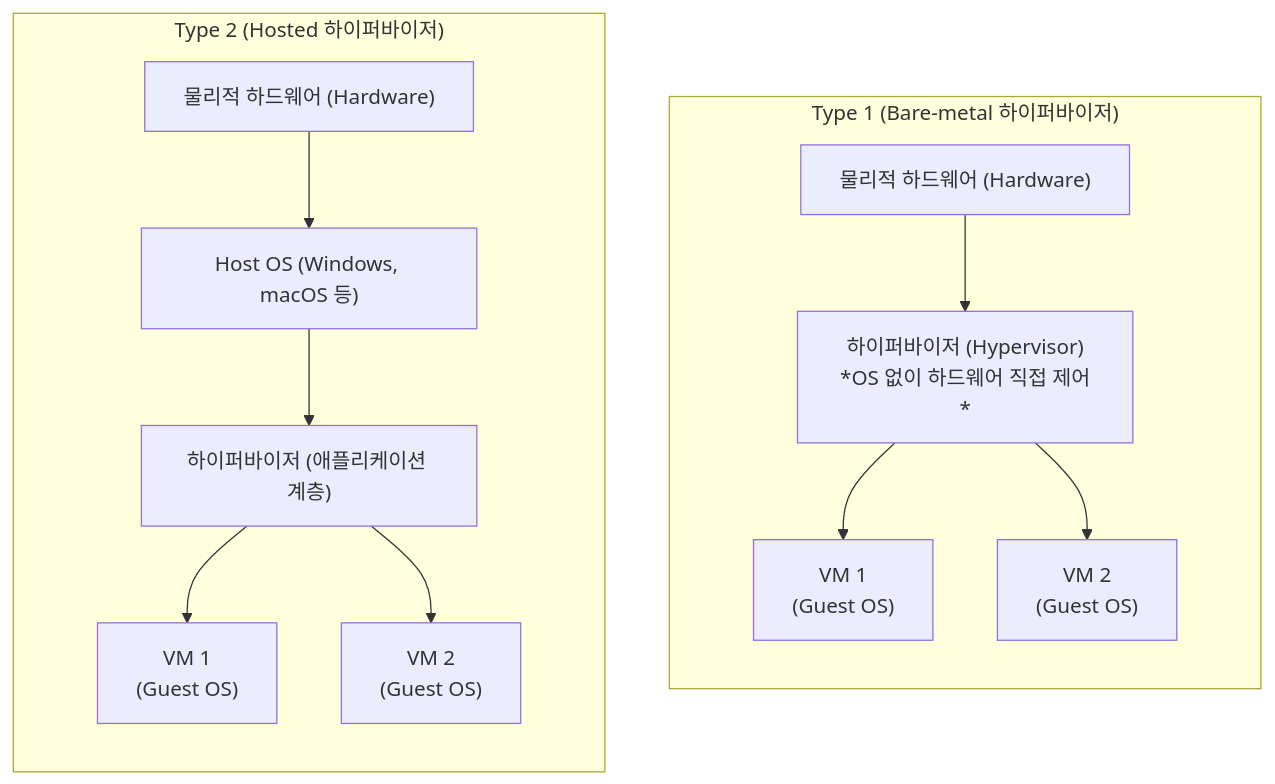
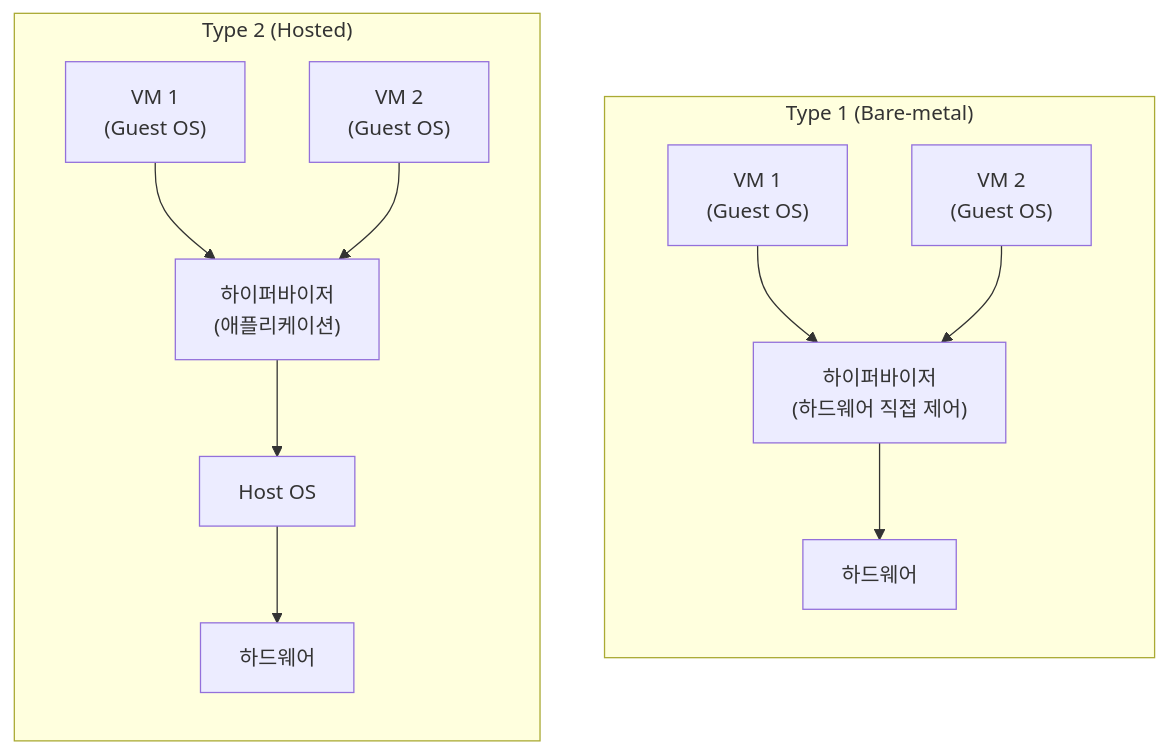
The diagram in content/01_IT Tech/Hypervisor (VMM).md (supremethumb/supremethumb.github.io), drawn with Mermaid before and after one commit. The commit also changed other lines of this file and 1087 other files, not shown here.

````diff
--- a/content/01_IT Tech/Hypervisor (VMM).md
+++ b/content/01_IT Tech/Hypervisor (VMM).md
@@ -29,31 +36,26 @@
 ```mermaid
 flowchart TD
-    subgraph Type1 ["Type 1 (Bare-metal 하이퍼바이저)"]
+    subgraph Type1 ["Type 1 (Bare-metal)"]
         direction TB
-        HW1["물리적 하드웨어 (Hardware)"]
-        Hyp1["하이퍼바이저 (Hypervisor)<br/>*OS 없이 하드웨어 직접 제어*"]
-        
         VM1_1["VM 1<br/>(Guest OS)"]
         VM1_2["VM 2<br/>(Guest OS)"]
-        
-        HW1 --> Hyp1
-        Hyp1 --> VM1_1
-        Hyp1 --> VM1_2
+        Hyp1["하이퍼바이저<br/>(하드웨어 직접 제어)"]
+        HW1["하드웨어"]
+        VM1_1 --> Hyp1
+        VM1_2 --> Hyp1
+        Hyp1 --> HW1
     end
 
-    subgraph Type2 ["Type 2 (Hosted 하이퍼바이저)"]
+    subgraph Type2 ["Type 2 (Hosted)"]
         direction TB
-        HW2["물리적 하드웨어 (Hardware)"]
-        HostOS["Host OS (Windows, macOS 등)"]
-        Hyp2["하이퍼바이저 (애플리케이션 계층)"]
-        
         VM2_1["VM 1<br/>(Guest OS)"]
         VM2_2["VM 2<br/>(Guest OS)"]
-        
-        HW2 --> HostOS
-        HostOS --> Hyp2
-        Hyp2 --> VM2_1
-        Hyp2 --> VM2_2
+        Hyp2["하이퍼바이저<br/>(애플리케이션)"]
+        HostOS["Host OS"]
+        HW2["하드웨어"]
+        VM2_1 --> Hyp2
+        VM2_2 --> Hyp2
+        Hyp2 --> HostOS
+        HostOS --> HW2
     end
-
 ```
````
